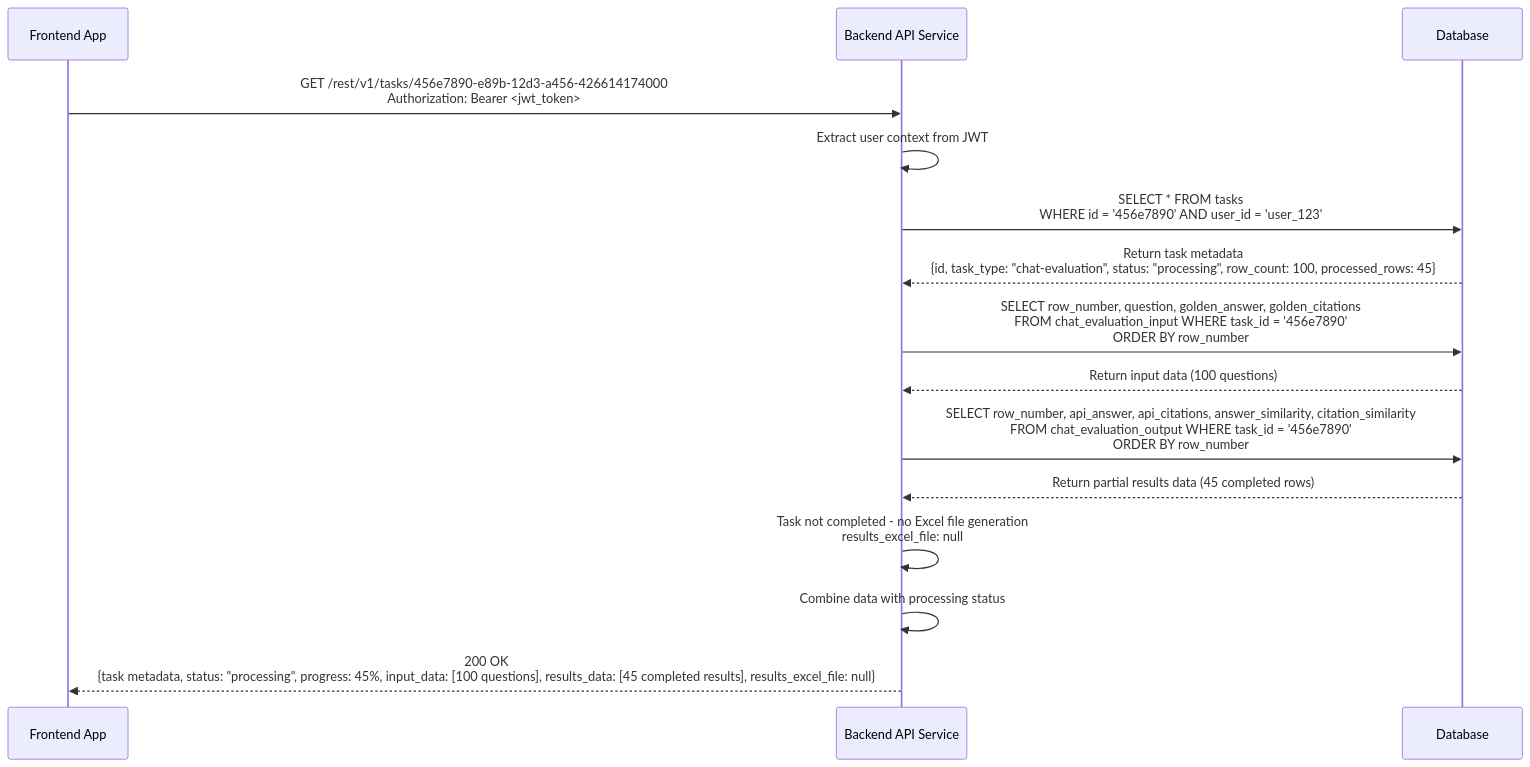
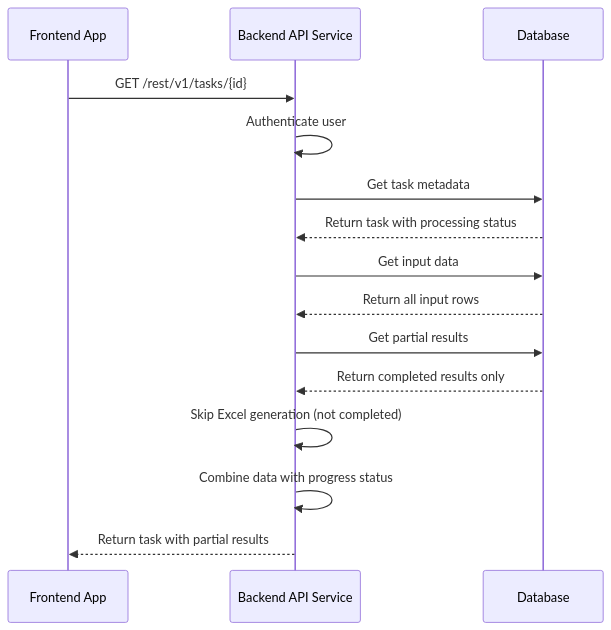
One commit to andrewhzy/SpringHttpClientDataJpaDemo changed the sixth of 9 diagrams in docs/sequence-diagrams-api-handling.md. Above: the diagram before and after it, drawn with Mermaid. The commit also changed other lines of this file and 2 other files, not shown here.

Commit message:
Update API specification to reflect new maximum rows per sheet limit and enhance README with backend Java classes flow, clarifying component responsibilities for Excel file uploads and task management.

````diff
--- a/docs/sequence-diagrams-api-handling.md
+++ b/docs/sequence-diagrams-api-handling.md
@@ -161,23 +140,22 @@
 ```mermaid
 sequenceDiagram
     participant FE as Frontend App
     participant API as Backend API Service
     participant DB as Database
     
-    FE->>API: GET /rest/v1/tasks/456e7890-e89b-12d3-a456-426614174000<br/>Authorization: Bearer <jwt_token>
-    API->>API: Extract user context from JWT
+    FE->>API: GET /rest/v1/tasks/{id}
+    API->>API: Authenticate user
     
-    API->>DB: SELECT * FROM tasks<br/>WHERE id = '456e7890' AND user_id = 'user_123'
-    DB-->>API: Return task metadata<br/>{id, task_type: "chat-evaluation", status: "processing", row_count: 100, processed_rows: 45}
+    API->>DB: Get task metadata
+    DB-->>API: Return task with processing status
     
-    API->>DB: SELECT row_number, question, golden_answer, golden_citations<br/>FROM chat_evaluation_input WHERE task_id = '456e7890'<br/>ORDER BY row_number
-    DB-->>API: Return input data (100 questions)
+    API->>DB: Get input data
+    DB-->>API: Return all input rows
     
-    API->>DB: SELECT row_number, api_answer, api_citations, answer_similarity, citation_similarity<br/>FROM chat_evaluation_output WHERE task_id = '456e7890'<br/>ORDER BY row_number
-    DB-->>API: Return partial results data (45 completed rows)
+    API->>DB: Get partial results
+    DB-->>API: Return completed results only
     
-    API->>API: Task not completed - no Excel file generation<br/>results_excel_file: null
-    
-    API->>API: Combine data with processing status
-    API-->>FE: 200 OK<br/>{task metadata, status: "processing", progress: 45%, input_data: [100 questions], results_data: [45 completed results], results_excel_file: null}
+    API->>API: Skip Excel generation (not completed)
+    API->>API: Combine data with progress status
+    API-->>FE: Return task with partial results
 ```
````
